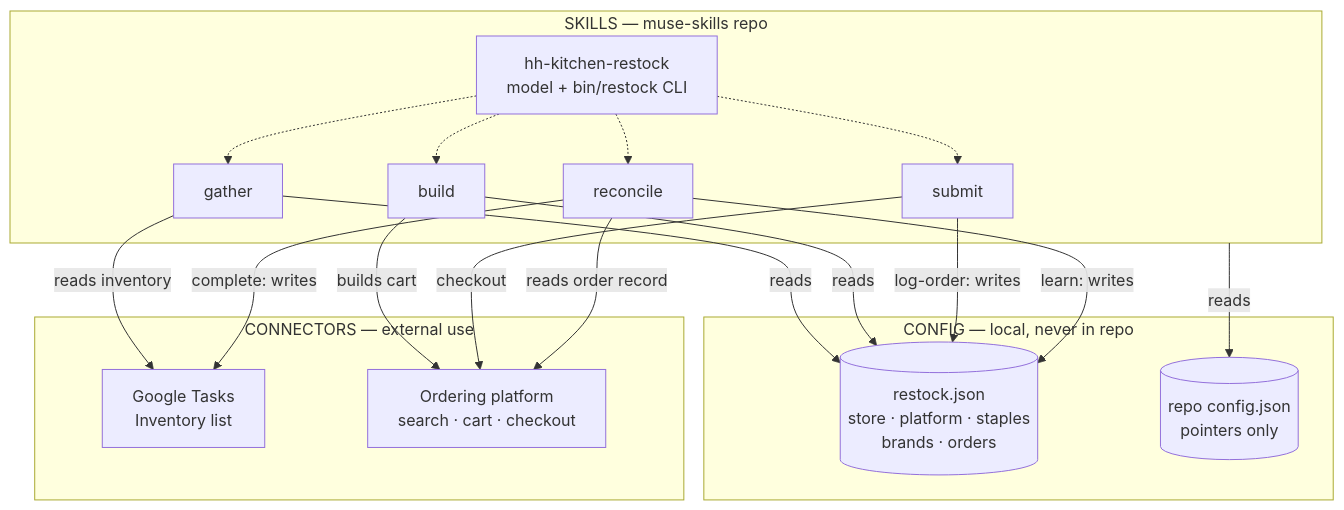
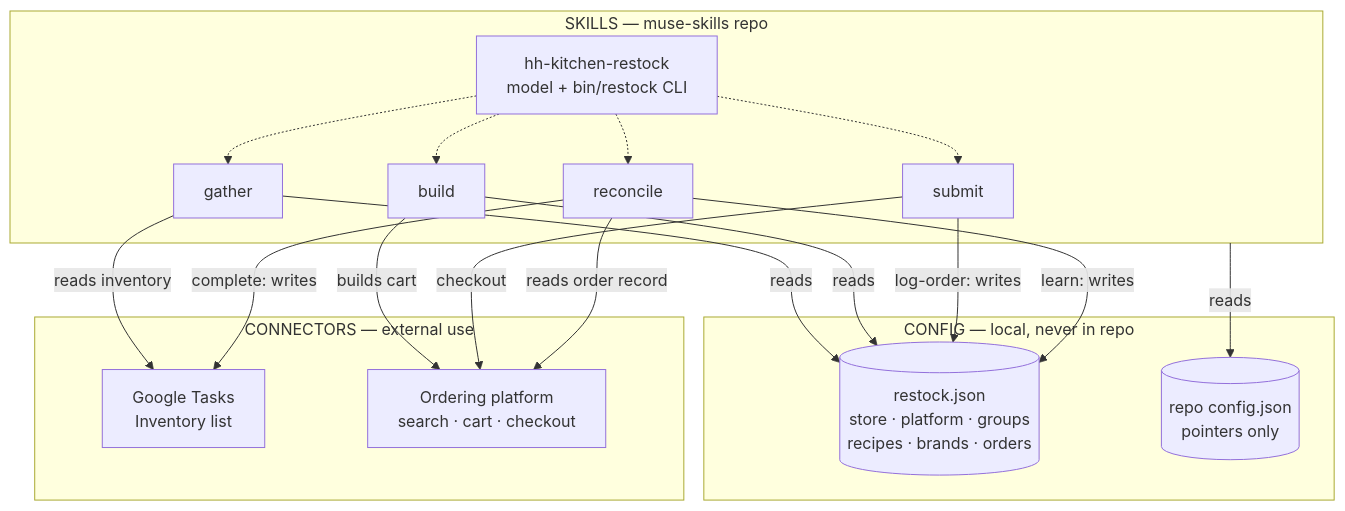
Before and after one commit to fonsecapeter/muse-skills: the second of 2 diagrams in life/hh-kitchen/hh-kitchen-restock/docs/architecture.md, drawn with Mermaid. The commit also changed 6 other files, not shown here.

First line of the commit message:
[Tony][Muse] Split the restock config into three churn groups, with recipes (#31)

````diff
--- a/life/hh-kitchen/hh-kitchen-restock/docs/architecture.md
+++ b/life/hh-kitchen/hh-kitchen-restock/docs/architecture.md
@@ -22,32 +22,32 @@
 ```mermaid
 flowchart TB
     subgraph skills["SKILLS — muse-skills repo"]
         model["hh-kitchen-restock<br/>model + bin/restock CLI"]
         gather["gather"]
         build["build"]
         submit["submit"]
         reconcile["reconcile"]
         model -.-> gather
         model -.-> build
         model -.-> submit
         model -.-> reconcile
     end
     subgraph config["CONFIG — local, never in repo"]
-        localcfg[("restock.json<br/>store · platform · staples<br/>brands · orders")]
+        localcfg[("restock.json<br/>store · platform · groups<br/>recipes · brands · orders")]
         repocfg[("repo config.json<br/>pointers only")]
     end
     subgraph connectors["CONNECTORS — external use"]
         tasks["Google Tasks<br/>Inventory list"]
         insta["Ordering platform<br/>search · cart · checkout"]
     end
     gather -->|"reads"| localcfg
     build -->|"reads"| localcfg
     submit -->|"log-order: writes"| localcfg
     reconcile -->|"learn: writes"| localcfg
     skills -->|"reads"| repocfg
     gather -->|"reads inventory"| tasks
     reconcile -->|"complete: writes"| tasks
     build -->|"builds cart"| insta
     submit -->|"checkout"| insta
     reconcile -->|"reads order record"| insta
 ```
````
